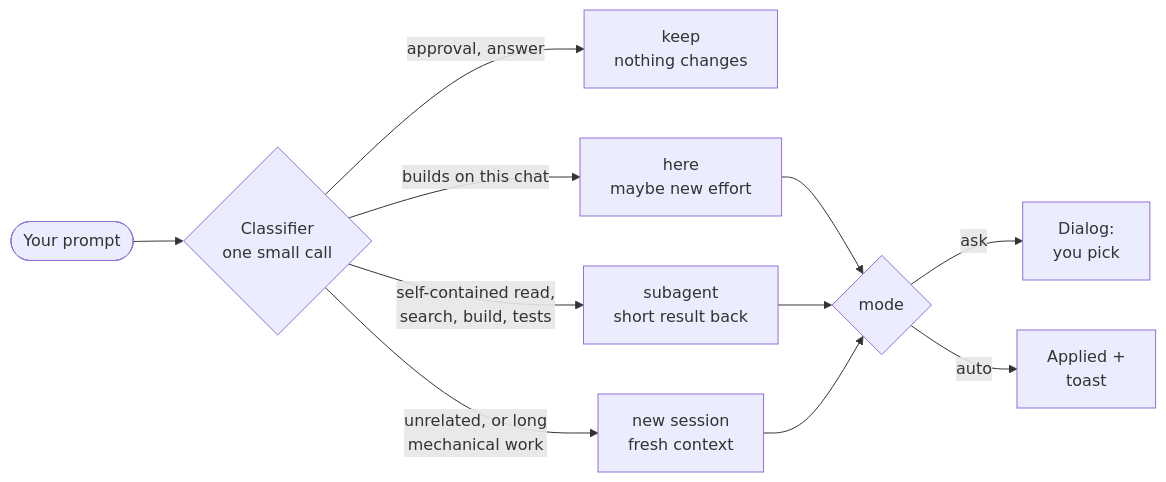
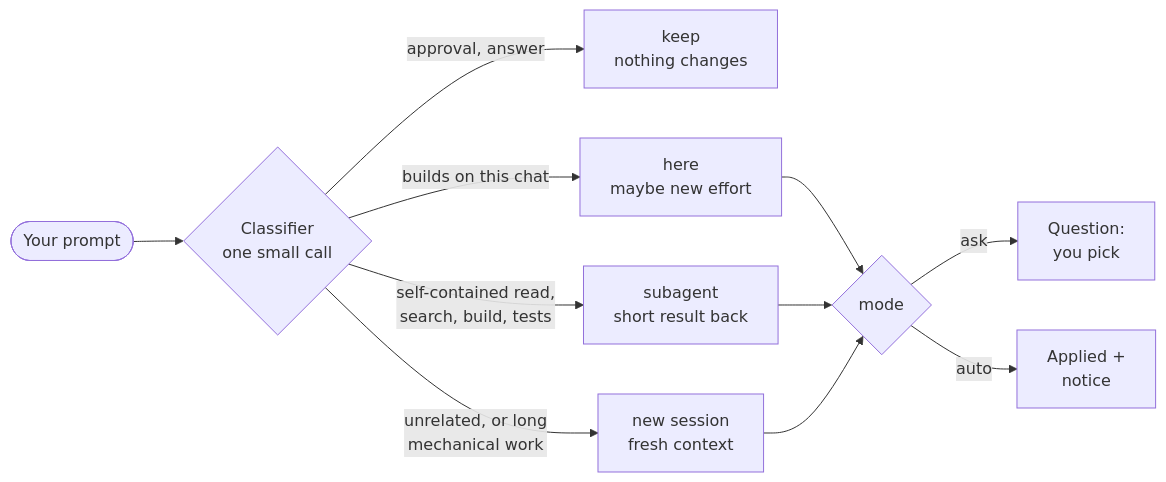
Before and after one commit to Viktorooos/claude-prompt-router: the diagram in README.md, drawn with Mermaid. The commit also changed other lines of this file and 20 other files, not shown here.

````diff
--- a/README.md
+++ b/README.md
@@ -87,13 +105,13 @@
 ```mermaid
 flowchart LR
     P([Your prompt]) --> C{Classifier<br/>one small call}
     C -->|approval, answer| K[keep<br/>nothing changes]
     C -->|builds on this chat| H[here<br/>maybe new effort]
     C -->|self-contained read,<br/>search, build, tests| S[subagent<br/>short result back]
     C -->|unrelated, or long<br/>mechanical work| N[new session<br/>fresh context]
     H --> D{mode}
     S --> D
     N --> D
-    D -->|ask| Q[Dialog:<br/>you pick]
-    D -->|auto| A[Applied +<br/>toast]
+    D -->|ask| Q[Question:<br/>you pick]
+    D -->|auto| A[Applied +<br/>notice]
 ```
````
